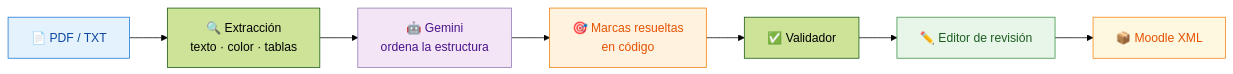
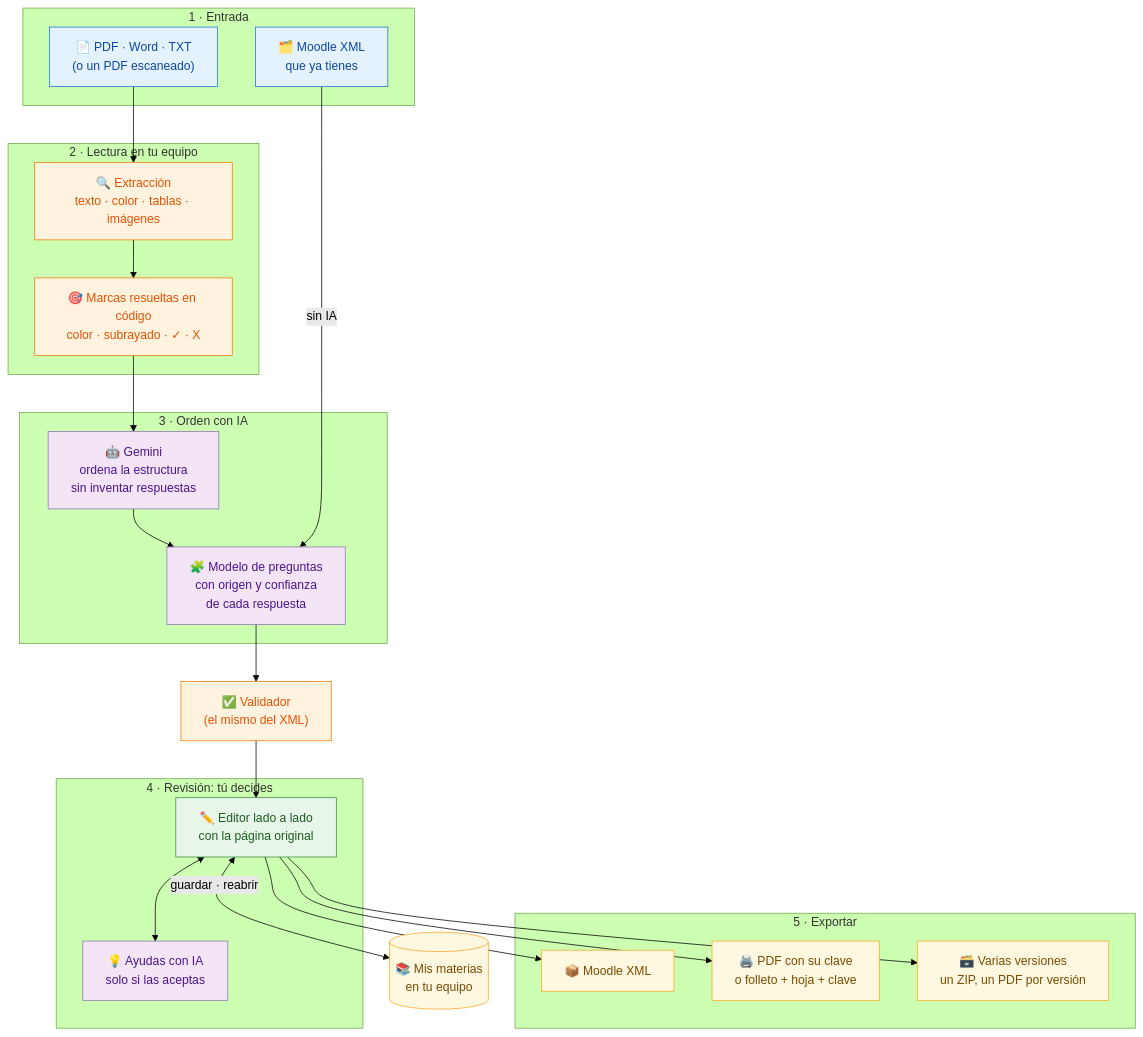
One commit to CesarUTP/TRANSFORMADOR-PDF-A-MOODLE changed the diagram in README.md. Above: the diagram before and after it, drawn with Mermaid (forest theme). The commit also changed other lines of this file and 2 other files, not shown here.

Commit message:
README: diagrama del flujo al día; manual de identidad: avisos de diseño atendidos
- El diagrama (Mermaid) ahora refleja lo que hace la aplicación hoy: entrada (PDF, Word, TXT, escaneados o un
  Moodle XML existente), lectura y marcas en código, orden con IA, validador, revisión lado a lado con ayudas
  opcionales, y la salida (Moodle XML, PDF con clave, varias versiones) con «Mis materias».
- Manual: las cajas «Así sí / Así no» pierden la franja gruesa lateral, los títulos pasan a interlineado 1,2
  y el resto de avisos del detector eran falsos positivos (se anotaron como tales).

````diff
--- a/README.md
+++ b/README.md
@@ -34,15 +34,45 @@
 ```mermaid
-flowchart LR
-    A["📄 PDF / TXT"] --> B["🔍 Extracción<br/>texto · color · tablas"]
-    B --> C["🤖 Gemini<br/>ordena la estructura"]
-    C --> D["🎯 Marcas resueltas<br/>en código"]
-    D --> E["✅ Validador"]
-    E --> F["✏️ Editor de revisión"]
-    F --> G["📦 Moodle XML"]
+flowchart TB
+    subgraph ENTRADA["1 · Entrada"]
+        A1["📄 PDF · Word · TXT<br/>(o un PDF escaneado)"]
+        A2["🗂️ Moodle XML<br/>que ya tienes"]
+    end
+    subgraph LECTURA["2 · Lectura en tu equipo"]
+        B["🔍 Extracción<br/>texto · color · tablas · imágenes"]
+        B2["🎯 Marcas resueltas en código<br/>color · subrayado · ✓ · X"]
+    end
+    subgraph IA["3 · Orden con IA"]
+        C["🤖 Gemini<br/>ordena la estructura<br/>sin inventar respuestas"]
+        C2["🧩 Modelo de preguntas<br/>con origen y confianza<br/>de cada respuesta"]
+    end
+    D["✅ Validador<br/>(el mismo del XML)"]
+    subgraph REV["4 · Revisión: tú decides"]
+        E["✏️ Editor lado a lado<br/>con la página original"]
+        E2["💡 Ayudas con IA<br/>solo si las aceptas"]
+    end
+    subgraph SALIDA["5 · Exportar"]
+        G["📦 Moodle XML"]
+        H["🖨️ PDF con su clave<br/>o folleto + hoja + clave"]
+        I["🗃️ Varias versiones<br/>un ZIP, un PDF por versión"]
+    end
+    J[("📚 Mis materias<br/>en tu equipo")]
 
-    style A fill:#e3f2fd,stroke:#1976d2,color:#0d47a1
-    style C fill:#f3e5f5,stroke:#8e75b2,color:#4a148c
-    style D fill:#fff3e0,stroke:#f57c00,color:#e65100
-    style F fill:#e8f5e9,stroke:#388e3c,color:#1b5e20
-    style G fill:#fff8e1,stroke:#f98012,color:#e65100
+    A1 --> B --> B2 --> C --> C2 --> D --> E
+    A2 -->|"sin IA"| C2
+    E <--> E2
+    E --> G
+    E --> H
+    E --> I
+    E <-->|"guardar · reabrir"| J
+
+    classDef entrada fill:#e3f2fd,stroke:#1976d2,color:#0d47a1
+    classDef ia fill:#f3e5f5,stroke:#8e75b2,color:#4a148c
+    classDef codigo fill:#fff3e0,stroke:#f57c00,color:#e65100
+    classDef revision fill:#e8f5e9,stroke:#388e3c,color:#1b5e20
+    classDef salida fill:#fff8e1,stroke:#f9a825,color:#7a4a00
+    class A1,A2 entrada
+    class C,C2,E2 ia
+    class B,B2,D codigo
+    class E revision
+    class G,H,I,J salida
 ```
````
